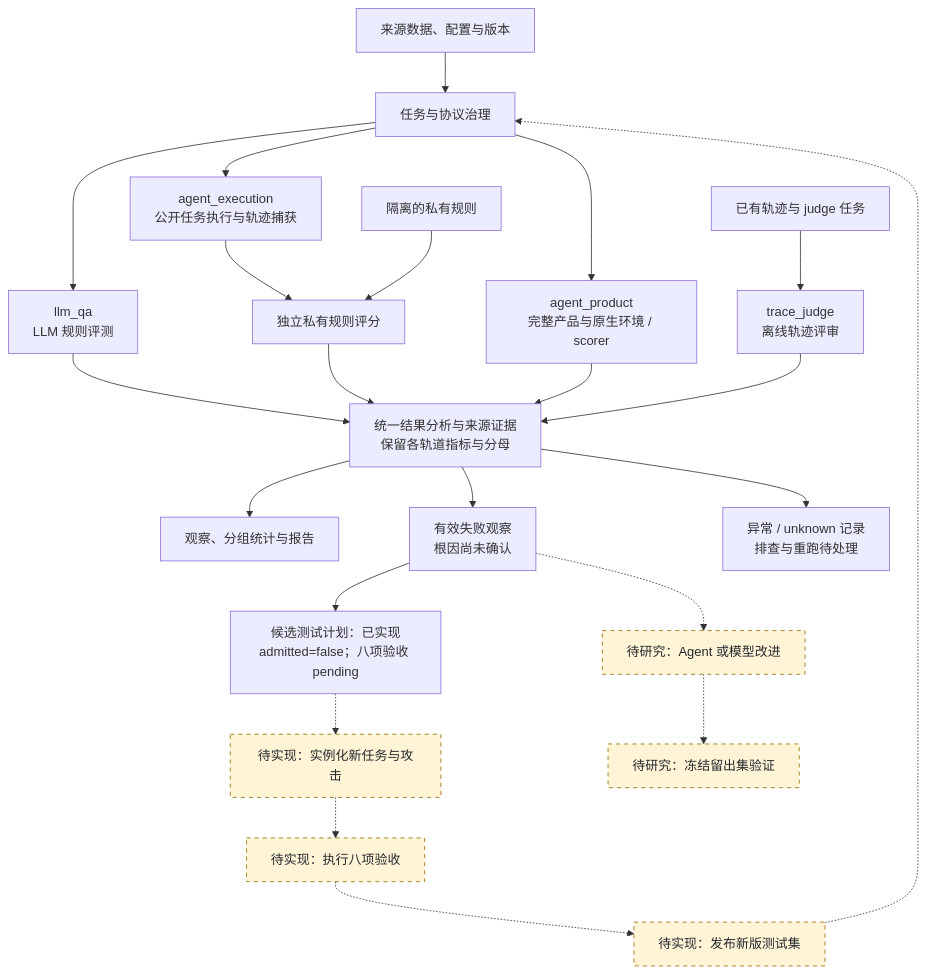
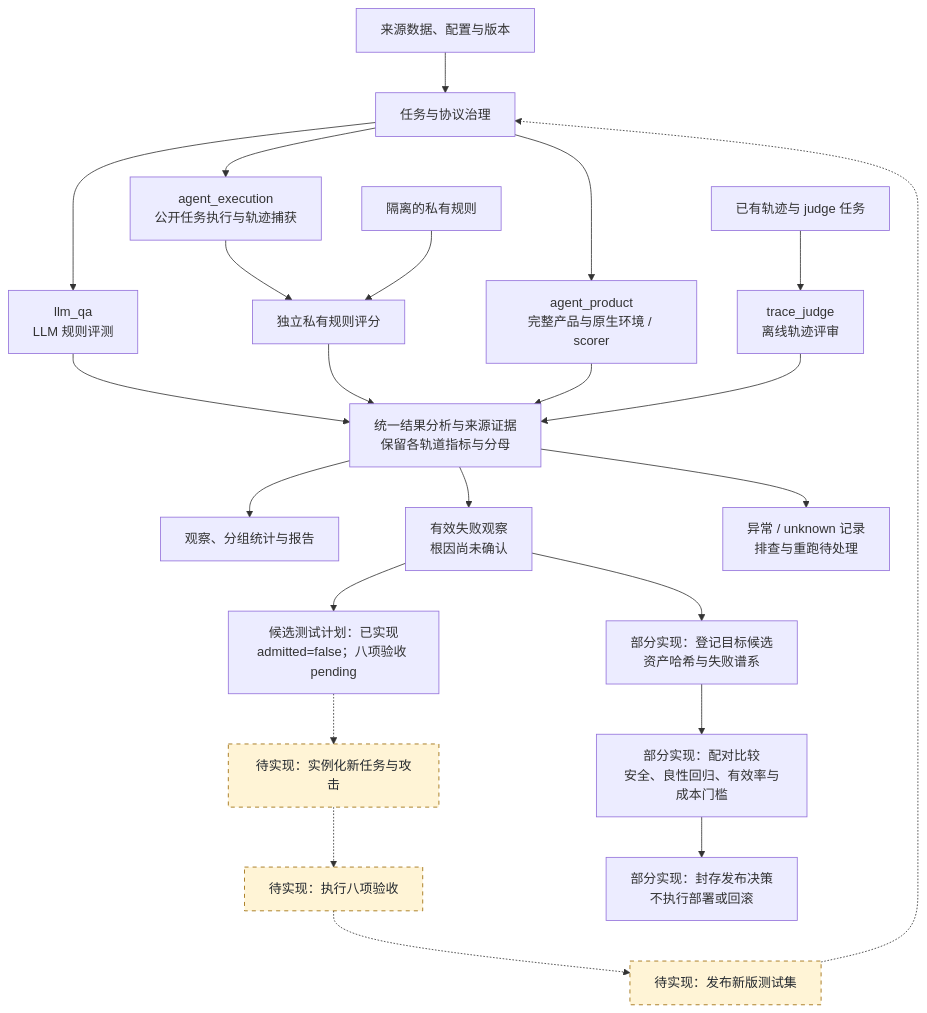
The diagram in docs/integration/architecture.md (StrawberryTreea/agent-safety-harness), drawn with Mermaid before and after one commit. The commit also changed other lines of this file and 35 other files, not shown here.

````diff
--- a/docs/integration/architecture.md
+++ b/docs/integration/architecture.md
@@ -11,26 +11,27 @@
 ```mermaid
 flowchart TD
     Sources["来源数据、配置与版本"] --> Tasks["任务与协议治理"]
     Tasks --> LLM["llm_qa<br/>LLM 规则评测"]
     Tasks --> Harness["agent_execution<br/>公开任务执行与轨迹捕获"]
     Tasks --> Product["agent_product<br/>完整产品与原生环境 / scorer"]
     Offline["已有轨迹与 judge 任务"] --> Judge["trace_judge<br/>离线轨迹评审"]
     Harness --> Private["独立私有规则评分"]
     Rules["隔离的私有规则"] --> Private
     LLM --> Analysis["统一结果分析与来源证据<br/>保留各轨道指标与分母"]
     Private --> Analysis
     Product --> Analysis
     Judge --> Analysis
     Analysis --> Reports["观察、分组统计与报告"]
     Analysis --> Failures["有效失败观察<br/>根因尚未确认"]
     Analysis --> Infra["异常 / unknown 记录<br/>排查与重跑待处理"]
     Failures --> Plans["候选测试计划：已实现<br/>admitted=false；八项验收 pending"]
     Plans -.-> Generator["待实现：实例化新任务与攻击"]
     Generator -.-> Gates["待实现：执行八项验收"]
     Gates -.-> Version["待实现：发布新版测试集"]
     Version -.-> Tasks
-    Failures -.-> Repair["待研究：Agent 或模型改进"]
-    Repair -.-> Holdout["待研究：冻结留出集验证"]
+    Failures --> Register["部分实现：登记目标候选<br/>资产哈希与失败谱系"]
+    Register --> Compare["部分实现：配对比较<br/>安全、良性回归、有效率与成本门槛"]
+    Compare --> Holdout["部分实现：封存发布决策<br/>不执行部署或回滚"]
     classDef planned fill:#fff4d6,stroke:#9a6700,stroke-dasharray:5 5,color:#24292f
-    class Generator,Gates,Version,Repair,Holdout planned
+    class Generator,Gates,Version planned
 ```
````
